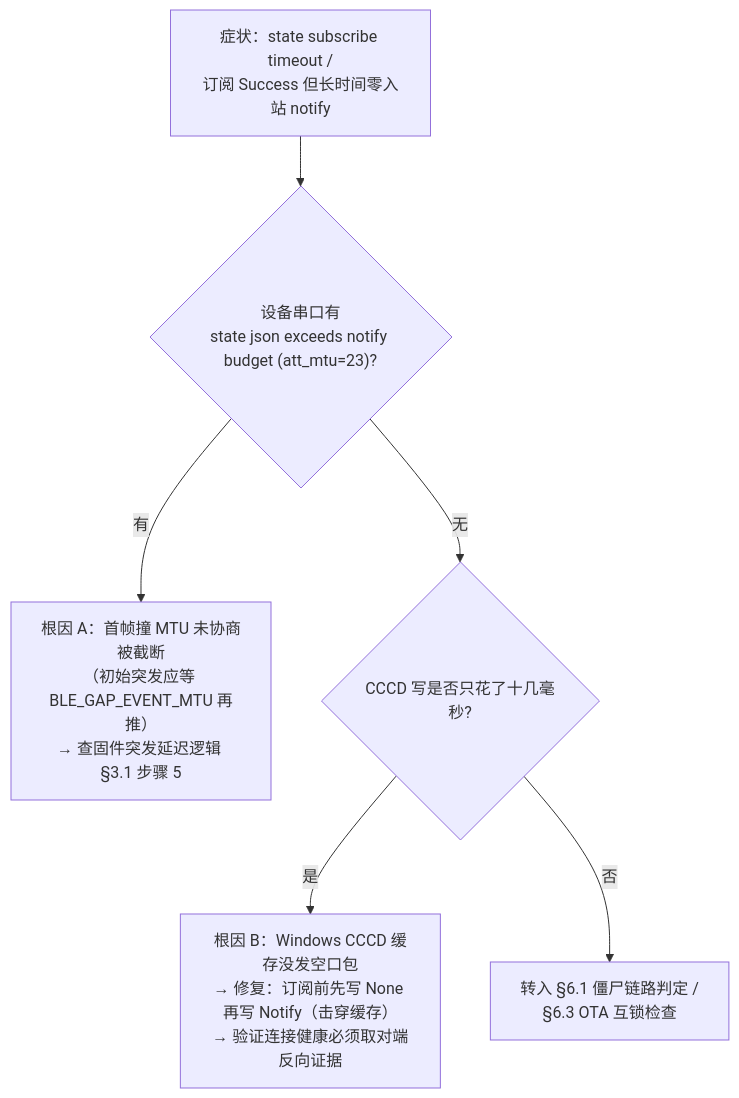
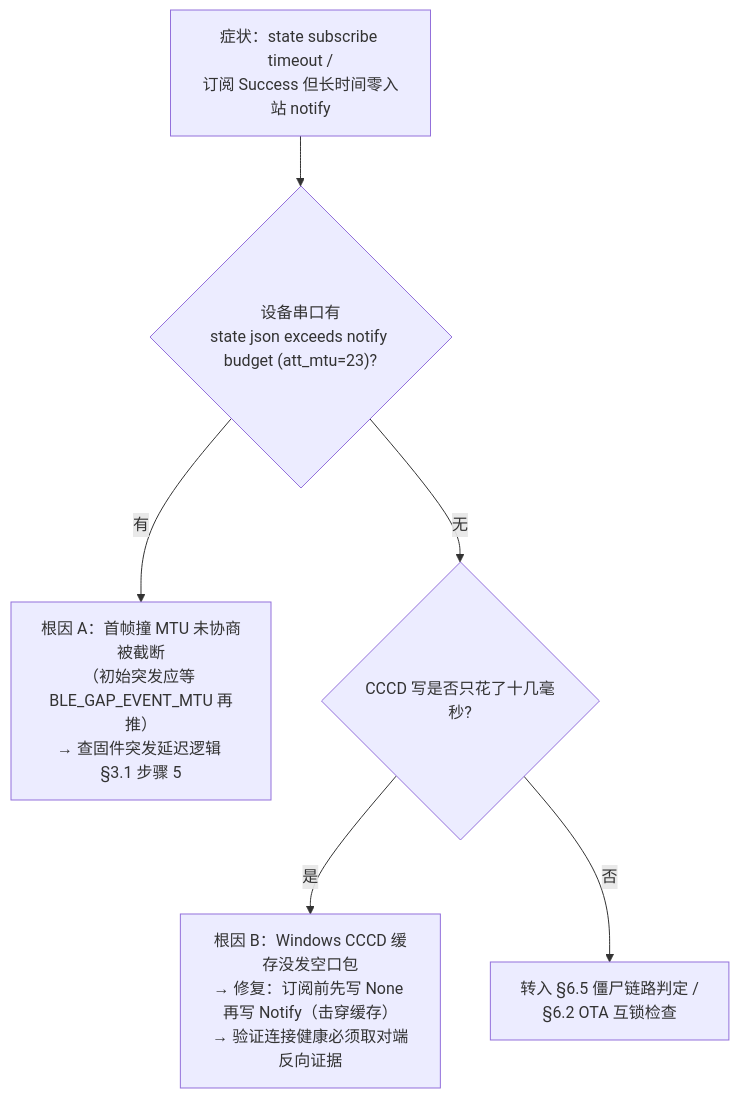
One commit to Haobot/VoiceStickPlus changed diagram 14 of 14 in Doc/Ref/system-architecture-analysis.md. Above: the diagram before and after it, drawn with Mermaid. The commit also changed other lines of this file and 3 other files, not shown here.

````diff
--- a/Doc/Ref/system-architecture-analysis.md
+++ b/Doc/Ref/system-architecture-analysis.md
@@ -606,8 +606,8 @@
 ```mermaid
 flowchart TD
     S["症状：state subscribe timeout /<br/>订阅 Success 但长时间零入站 notify"] --> D1{"设备串口有<br/>state json exceeds notify budget (att_mtu=23)?"}
     D1 -->|"有"| R1["根因 A：首帧撞 MTU 未协商被截断<br/>（初始突发应等 BLE_GAP_EVENT_MTU 再推）<br/>→ 查固件突发延迟逻辑 §3.1 步骤 5"]
     D1 -->|"无"| D2{"CCCD 写是否只花了十几毫秒?"}
     D2 -->|"是"| R2["根因 B：Windows CCCD 缓存没发空口包<br/>→ 修复：订阅前先写 None 再写 Notify（击穿缓存）<br/>→ 验证连接健康必须取对端反向证据"]
-    D2 -->|"否"| R3["转入 §6.1 僵尸链路判定 /<br/>§6.3 OTA 互锁检查"]
+    D2 -->|"否"| R3["转入 §6.5 僵尸链路判定 /<br/>§6.2 OTA 互锁检查"]
 ```
````
